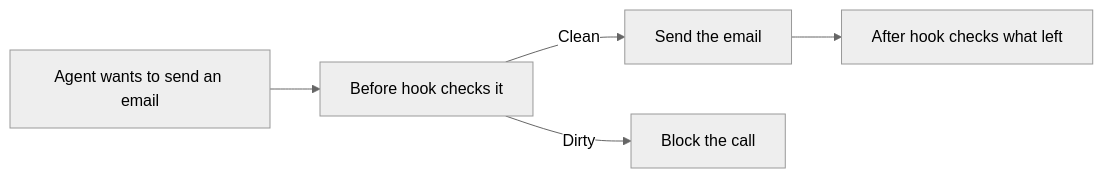
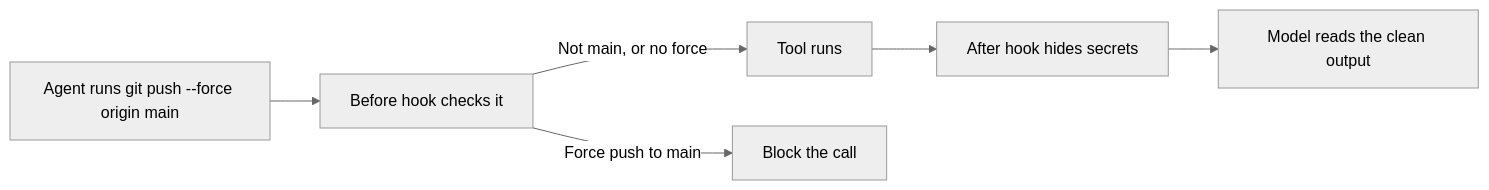
The diagram in docs/labs/26-hooks.md (learnwithparam/agentic-ai-live-labs), drawn with Mermaid (neutral theme) before and after one commit. The commit also changed other lines of this file and 59 other files, not shown here.

````diff
--- a/docs/labs/26-hooks.md
+++ b/docs/labs/26-hooks.md
@@ -7,7 +7,8 @@
 ```mermaid
 flowchart LR
-  A["Agent wants to send an email"] --> B["Before hook checks it"]
-  B -->|"Clean"| C["Send the email"]
-  C --> D["After hook checks what left"]
-  B -->|"Dirty"| X["Block the call"]
+  A["Agent runs git push --force origin main"] --> B["Before hook checks it"]
+  B -->|"Not main, or no force"| C["Tool runs"]
+  B -->|"Force push to main"| X["Block the call"]
+  C --> D["After hook hides secrets"]
+  D --> E["Model reads the clean output"]
 ```
````
